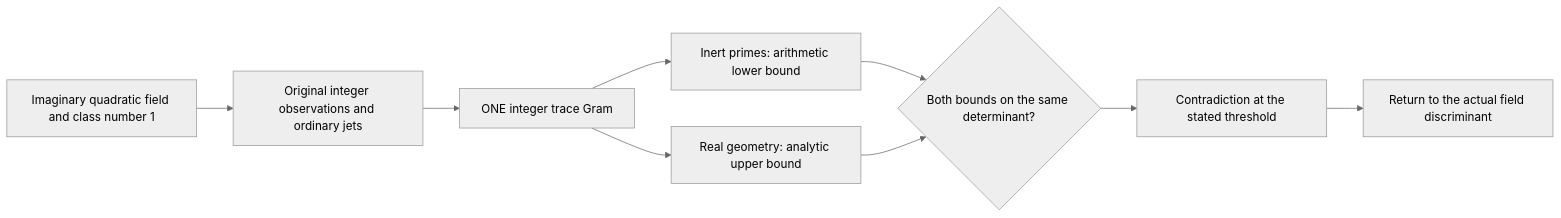
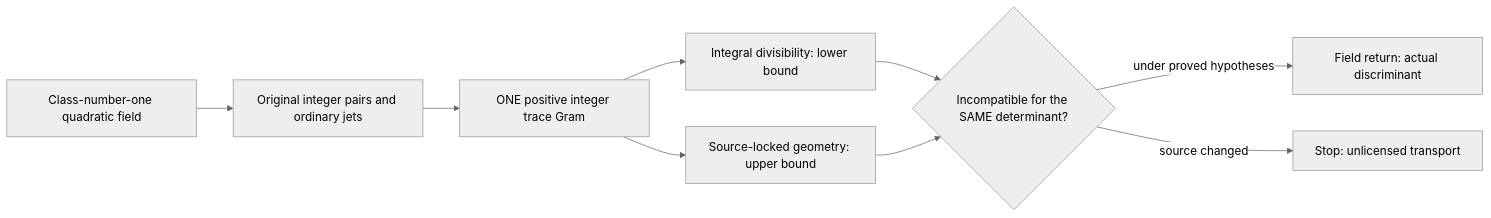
The diagram in README.md (Dojo-1/tenth-discriminant), drawn with Mermaid (neutral theme) before and after one commit. The commit also changed other lines of this file, not shown here.

Commit message:
docs: Wabi-Futurist Tenth Discriminant README with source-locked proof and research frontiers

````diff
--- a/README.md
+++ b/README.md
@@ -54,11 +77,11 @@
 ```mermaid
 flowchart LR
-    K["Imaginary quadratic field and class number 1"] --> Q["Original integer observations and ordinary jets"]
-    Q --> G["ONE integer trace Gram"]
-    G --> P["Inert primes: arithmetic lower bound"]
-    G --> A["Real geometry: analytic upper bound"]
-    P --> C{"Both bounds on the same determinant?"}
-    A --> C
-    C --> X["Contradiction at the stated threshold"]
-    X --> F["Return to the actual field discriminant"]
+    K["Class-number-one quadratic field"] --> Q["Original integer pairs and ordinary jets"]
+    Q --> G["ONE positive integer trace Gram"]
+    G --> A["Integral divisibility: lower bound"]
+    G --> B["Source-locked geometry: upper bound"]
+    A --> C{"Incompatible for the SAME determinant?"}
+    B --> C
+    C -->|"under proved hypotheses"| D["Field return: actual discriminant"]
+    C -->|"source changed"| E["Stop: unlicensed transport"]
 ```
````
